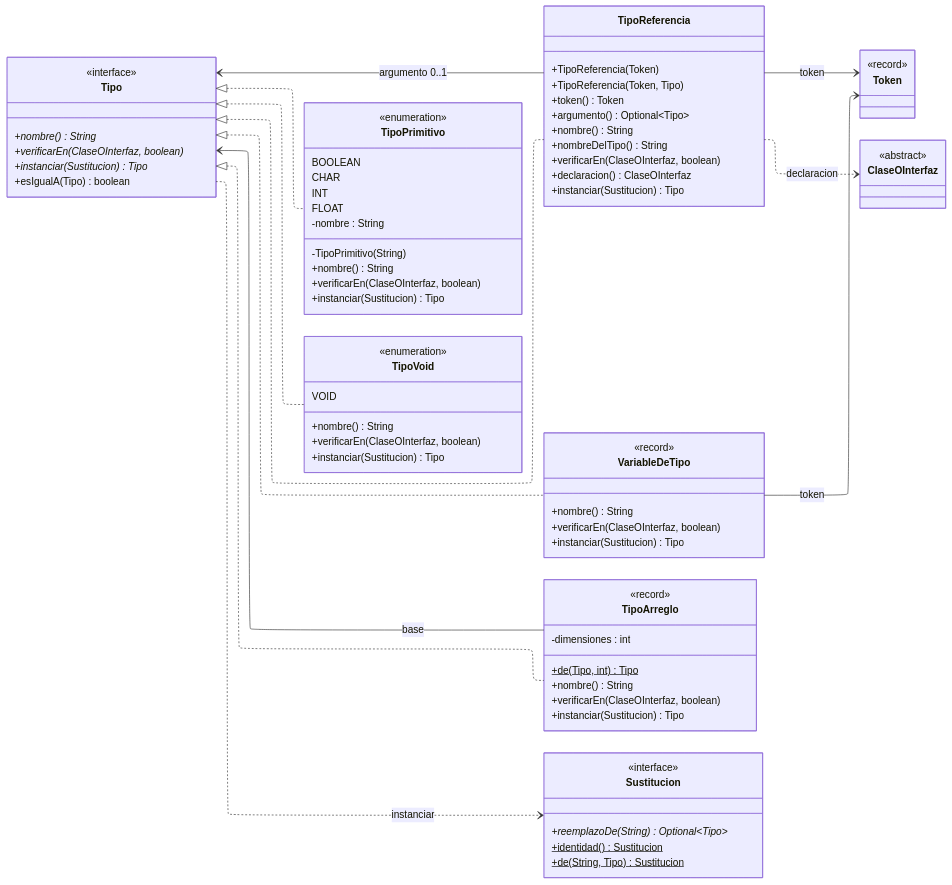
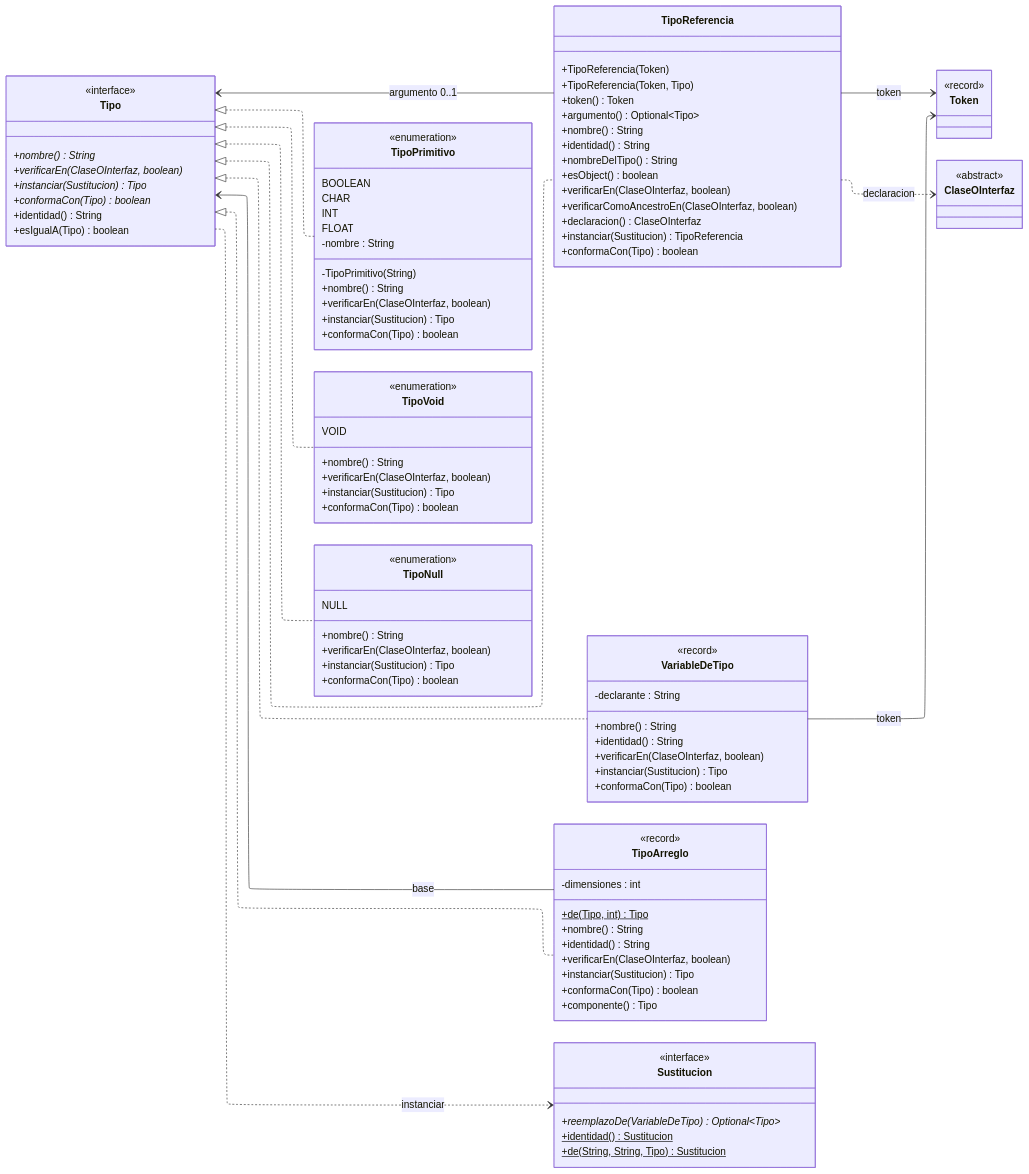
Before and after one commit to agustinpaul0/Proyecto-CEI: the fifth of 5 diagrams in documentacion/semantico/arquitectura-del-analizador-semantico.md, drawn with Mermaid. The commit also changed other lines of this file and 795 other files, not shown here.

```diff
--- a/documentacion/semantico/arquitectura-del-analizador-semantico.md
+++ b/documentacion/semantico/arquitectura-del-analizador-semantico.md
@@ -342,6 +368,8 @@
         +nombre()* String
         +verificarEn(ClaseOInterfaz, boolean)*
         +instanciar(Sustitucion)* Tipo
+        +conformaCon(Tipo)* boolean
+        +identidad() String
         +esIgualA(Tipo) boolean
     }
     class TipoPrimitivo {
@@ -355,6 +383,7 @@
         +nombre() String
         +verificarEn(ClaseOInterfaz, boolean)
         +instanciar(Sustitucion) Tipo
+        +conformaCon(Tipo) boolean
     }
     class TipoVoid {
         <<enumeration>>
@@ -362,6 +391,15 @@
         +nombre() String
         +verificarEn(ClaseOInterfaz, boolean)
         +instanciar(Sustitucion) Tipo
+        +conformaCon(Tipo) boolean
+    }
+    class TipoNull {
+        <<enumeration>>
+        NULL
+        +nombre() String
+        +verificarEn(ClaseOInterfaz, boolean)
+        +instanciar(Sustitucion) Tipo
+        +conformaCon(Tipo) boolean
     }
     class TipoReferencia {
         +TipoReferencia(Token)
@@ -369,30 +407,40 @@
         +token() Token
         +argumento() Optional~Tipo~
         +nombre() String
+        +identidad() String
         +nombreDelTipo() String
+        +esObject() boolean
         +verificarEn(ClaseOInterfaz, boolean)
+        +verificarComoAncestroEn(ClaseOInterfaz, boolean)
         +declaracion() ClaseOInterfaz
-        +instanciar(Sustitucion) Tipo
+        +instanciar(Sustitucion) TipoReferencia
+        +conformaCon(Tipo) boolean
     }
     class VariableDeTipo {
         <<record>>
+        -declarante : String
         +nombre() String
+        +identidad() String
         +verificarEn(ClaseOInterfaz, boolean)
         +instanciar(Sustitucion) Tipo
+        +conformaCon(Tipo) boolean
     }
     class TipoArreglo {
         <<record>>
         -dimensiones : int
         +de(Tipo, int)$ Tipo
         +nombre() String
+        +identidad() String
         +verificarEn(ClaseOInterfaz, boolean)
         +instanciar(Sustitucion) Tipo
+        +conformaCon(Tipo) boolean
+        +componente() Tipo
     }
     class Sustitucion {
         <<interface>>
-        +reemplazoDe(String)* Optional~Tipo~
+        +reemplazoDe(VariableDeTipo)* Optional~Tipo~
         +identidad()$ Sustitucion
-        +de(String, Tipo)$ Sustitucion
+        +de(String, String, Tipo)$ Sustitucion
     }
     class Token {
         <<record>>
@@ -402,6 +450,7 @@
     }
     Tipo <|.. TipoPrimitivo
     Tipo <|.. TipoVoid
+    Tipo <|.. TipoNull
     Tipo <|.. TipoReferencia
     Tipo <|.. VariableDeTipo
     Tipo <|.. TipoArreglo
```
